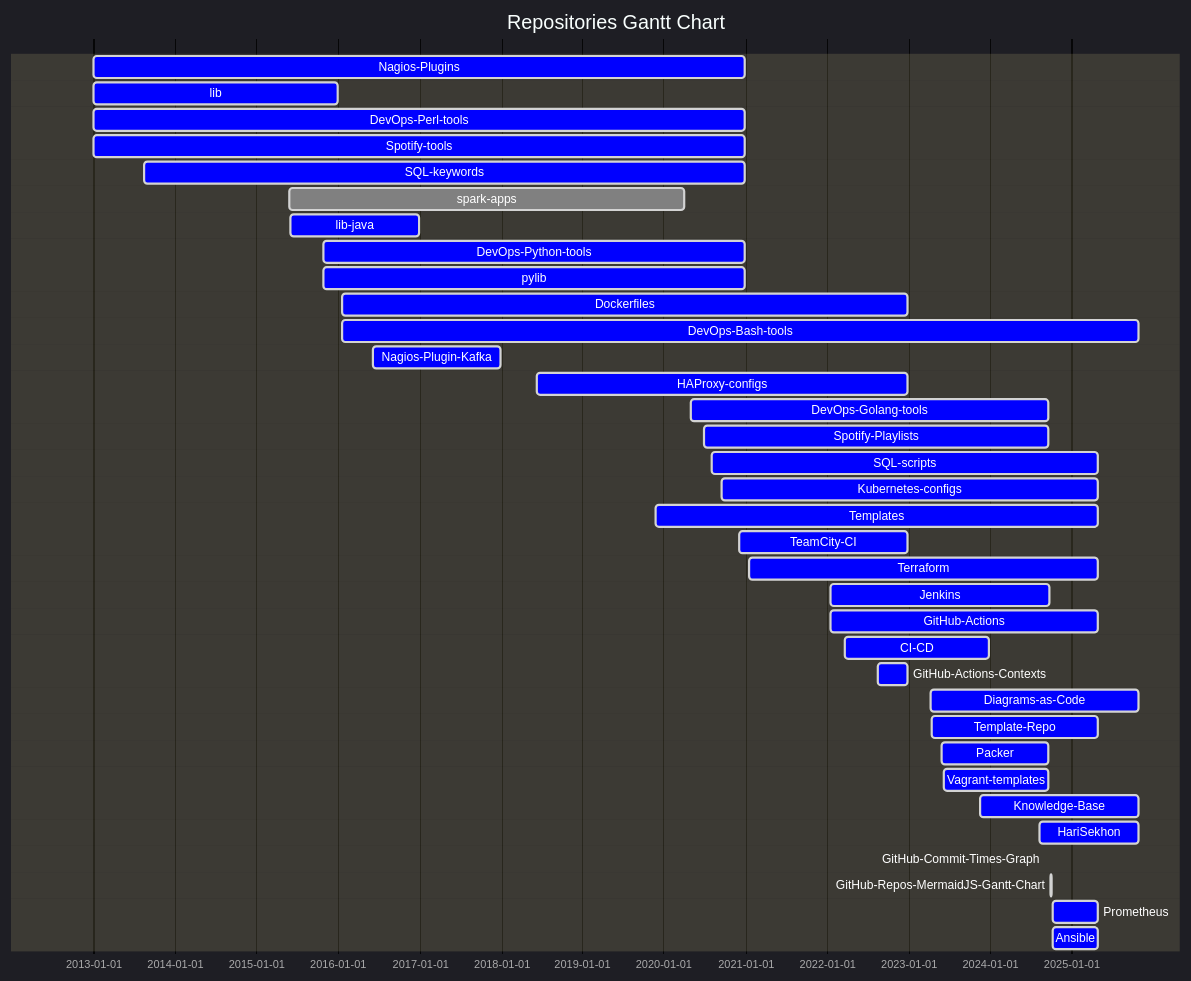
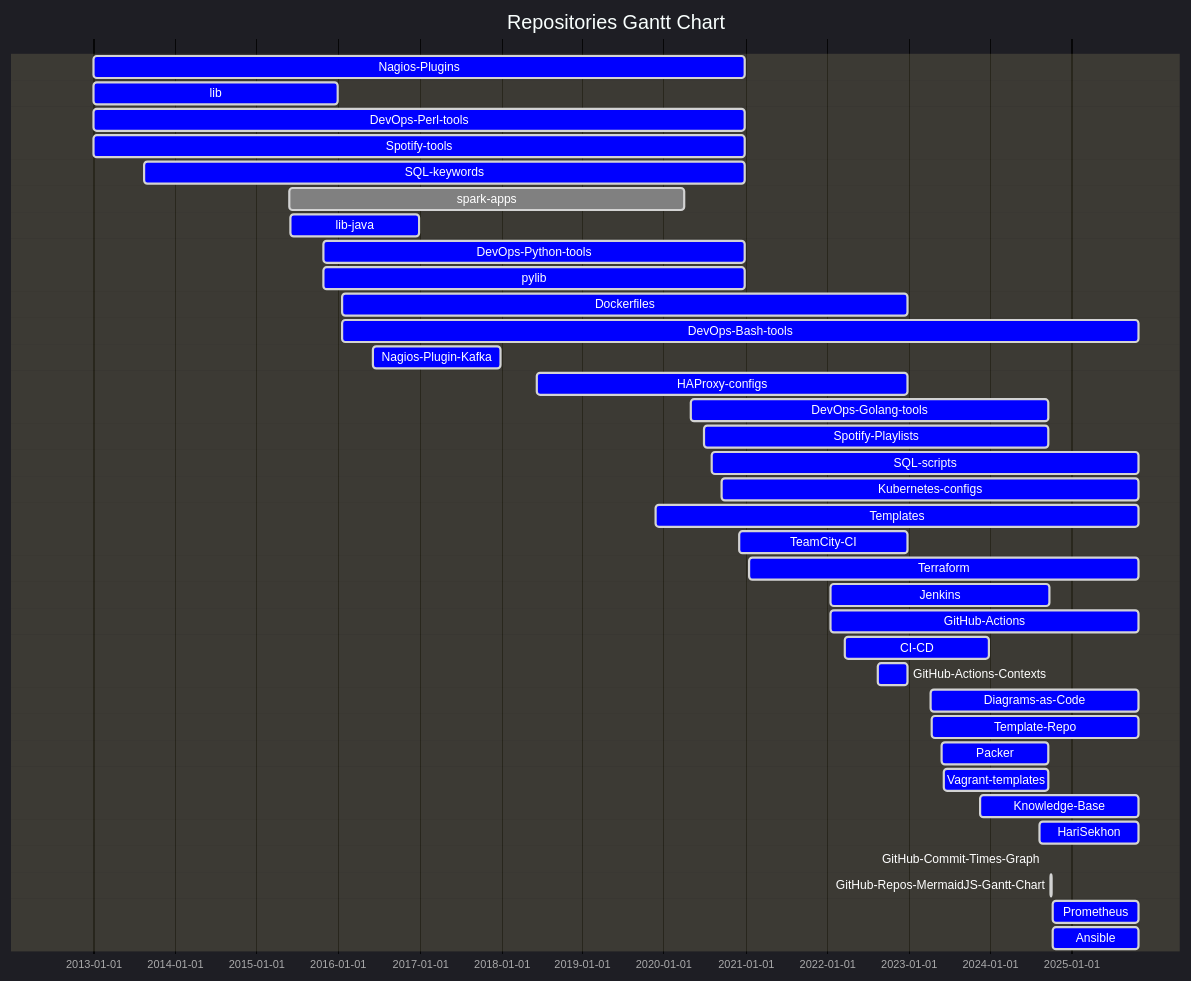
Before and after one commit to HariSekhon/HariSekhon: the first of 2 diagrams in README.md, drawn with Mermaid. The commit also changed other lines of this file, not shown here.

````diff
--- a/README.md
+++ b/README.md
@@ -1251,58 +1251,58 @@
 ```mermaid
 %%{ init: {
         "topAxis": true,
         "logLevel": "debug",
         'theme': 'dark',
         'themeVariables': {
           'activeTaskBkgColor': '#0000ff',
           'activeTaskBorderColor': 'lightgrey',
           'critBorderColor': 'lightgrey',
           'doneTaskBkgColor': 'grey',
           'doneTaskBorderColor': 'lightgrey',
           'taskBkgColor': 'black',
           'taskBorderColor': 'black',
           'taskTextColor': 'white',
           'taskTextDarkColor': 'white',
           'taskTextLightColor': 'black',
           'todayLineColor': 'red'
         }
     }
 }%%
 gantt
     dateFormat  YYYY-MM-DD
     title Repositories Gantt Chart
     Nagios-Plugins : active, 2012-12-30, 2020-12-31
     lib : active, 2012-12-30, 2015-12-31
     DevOps-Perl-tools : active, 2012-12-30, 2020-12-31
     Spotify-tools : active, 2012-12-30, 2020-12-31
     SQL-keywords : active, 2013-08-13, 2020-12-31
     spark-apps : done, 2015-05-25, 2020-04-02
     lib-java : active, 2015-05-31, 2016-12-31
     DevOps-Python-tools : active, 2015-10-27, 2020-12-31
     pylib : active, 2015-10-27, 2020-12-31
     Dockerfiles : active, 2016-01-17, 2022-12-31
     DevOps-Bash-tools : active, 2016-01-17, 2025-10-30
     Nagios-Plugin-Kafka : active, 2016-06-07, 2017-12-31
     HAProxy-configs : active, 2018-06-08, 2022-12-31
     DevOps-Golang-tools : active, 2020-04-30, 2024-09-22
     Spotify-Playlists : active, 2020-06-29, 2024-09-22
-    SQL-scripts : active, 2020-08-05, 2025-04-30
-    Kubernetes-configs : active, 2020-09-16, 2025-04-30
-    Templates : active, 2019-11-25, 2025-04-30
+    SQL-scripts : active, 2020-08-05, 2025-10-30
+    Kubernetes-configs : active, 2020-09-16, 2025-10-30
+    Templates : active, 2019-11-25, 2025-10-30
     TeamCity-CI : active, 2020-12-03, 2022-12-31
-    Terraform : active, 2021-01-18, 2025-04-30
+    Terraform : active, 2021-01-18, 2025-10-30
     Jenkins : active, 2022-01-17, 2024-09-23
-    GitHub-Actions : active, 2022-01-17, 2025-04-30
+    GitHub-Actions : active, 2022-01-17, 2025-10-30
     CI-CD : active, 2022-03-25, 2023-12-31
     GitHub-Actions-Contexts : active, 2022-08-17, 2022-12-31
     Diagrams-as-Code : active, 2023-04-14, 2025-10-30
-    Template-Repo : active, 2023-04-15, 2025-04-30
+    Template-Repo : active, 2023-04-15, 2025-10-30
     Packer : active, 2023-06-02, 2024-09-21
     Vagrant-templates : active, 2023-06-12, 2024-09-21
     Knowledge-Base : active, 2023-11-22, 2025-10-30
     HariSekhon : active, 2024-08-14, 2025-10-30
     GitHub-Commit-Times-Graph : active, 2024-09-07, 2024-09-08
     GitHub-Repos-MermaidJS-Gantt-Chart : active, 2024-10-02, 2024-10-03
-    Prometheus : active, 2024-10-08, 2025-04-30
-    Ansible : active, 2024-10-08, 2025-04-30
+    Prometheus : active, 2024-10-08, 2025-10-30
+    Ansible : active, 2024-10-08, 2025-10-30
 ```
````
